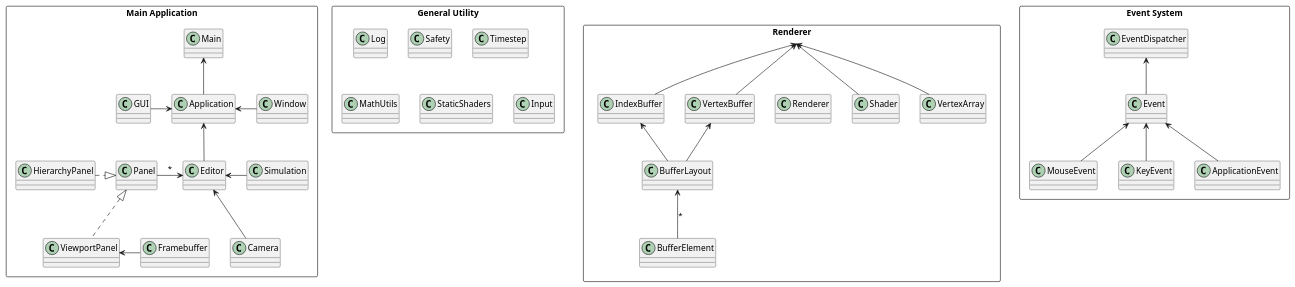
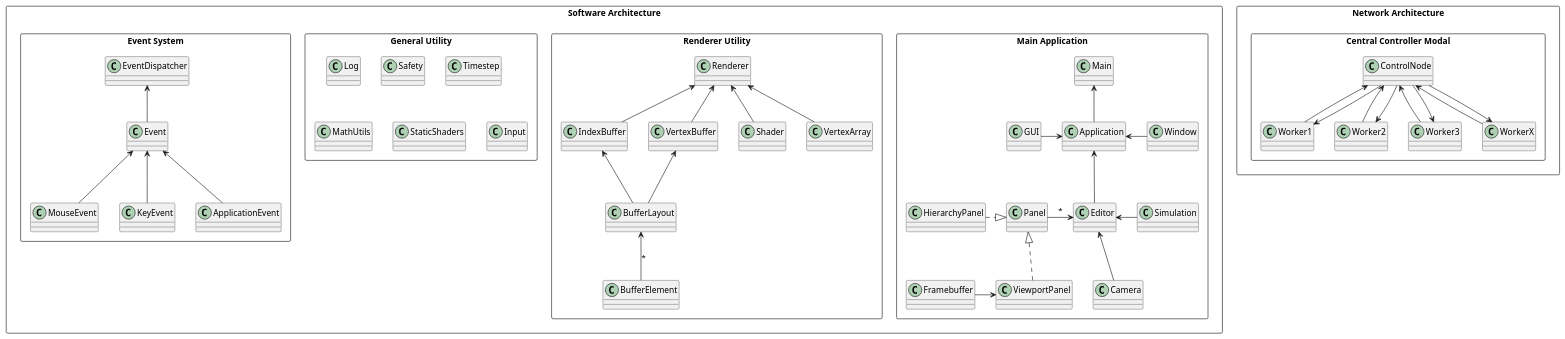
Before and after one commit to JHeflinger/FORGE: the diagram in architecture.puml, drawn with PlantUML. The commit also changed 1 other file, not shown here.

Commit message:
updated architecture

```diff
--- a/architecture.puml
+++ b/architecture.puml
@@ -1,126 +1,158 @@
 @startuml Forge
 
-package "Main Application" <<Rectangle>> {
+package "Software Architecture" <<Rectangle>> {
+
+  package "Main Application" <<Rectangle>> {
     class Main {
-
+  
     }
     class Application {
-
+  
     }
     class Editor {
-
+  
     }
     class GUI {
-
+  
     }
     class Simulation {
-
+  
     }
     class Window {
-
+  
     }
     class Panel {
-
+  
     }
     class HierarchyPanel {
-
+  
     }
     class ViewportPanel {
-
+  
     }
     class Camera {
-
+  
     }
     class Framebuffer {
-
+  
     }
+  }
+  
+  package "Renderer Utility" <<Rectangle>> {
+    class BufferElement {
+  
+    }
+    class BufferLayout {
+  
+    }
+    class VertexBuffer {
+  
+    }
+    class IndexBuffer {
+  
+    }
+    class Renderer {
+  
+    }
+    class Shader {
+  
+    }
+    class VertexArray {
+  
+    }
+  }
+  
+  package "General Utility" <<Rectangle>> {
+    class Log {
+          
+    }
+    class Safety {
+  
+    }
+    class Timestep {
+  
+    }
+    class MathUtils {
+  
+    }
+    class StaticShaders {
+  
+    }
+    class Input {
+  
+    }
+  }
+  
+  package "Event System" <<Rectangle>> {
+    class EventDispatcher {
+  
+    }
+    class Event {
+  
+    }
+    class MouseEvent {
+  
+    }
+    class KeyEvent {
+  
+    }
+    class ApplicationEvent {
+  
+    }
+  }
 }
 
-package "Renderer" <<Rectangle>> {
-    class BufferElement {
-
+package "Network Architecture" <<Rectangle>> {
+  package "Central Controller Modal" <<Rectangle>> {
+    class ControlNode {
+    
     }
-    class BufferLayout {
-
+    class Worker1 {
+    
     }
-    class VertexBuffer {
-
+    class Worker2 {
+    
     }
-    class IndexBuffer {
-
+    class Worker3 {
+    
     }
-    class Renderer {
-
+    class WorkerX {
+    
     }
-    class Shader {
-
-    }
-    class VertexArray {
-
-    }
-}
-
-package "General Utility" <<Rectangle>> {
-    class Log {
-        
-    }
-    class Safety {
-
-    }
-    class Timestep {
-
-    }
-    class MathUtils {
-
-    }
-    class StaticShaders {
-
-    }
-    class Input {
-
-    }
-}
-
-package "Event System" <<Rectangle>> {
-    class EventDispatcher {
-
-    }
-    class Event {
-
-    }
-    class MouseEvent {
-
-    }
-    class KeyEvent {
-
-    }
-    class ApplicationEvent {
-
-    }
+  }
 }
 
 Application-u->Main
 Window-l->Application
 GUI-r->Application
 Editor-u->Application
 Panel-r->Editor : *
 Simulation-l->Editor
 Camera-u->Editor
 HierarchyPanel..r|>Panel
 ViewportPanel..u|>Panel
 Framebuffer-r->ViewportPanel
 
 IndexBuffer-u->Renderer
 VertexBuffer-u->Renderer
 VertexArray-u->Renderer
 Shader-u->Renderer
 BufferElement-u->BufferLayout : *
 BufferLayout-u->VertexBuffer
 BufferLayout-u->IndexBuffer
 
 Event-u->EventDispatcher
 MouseEvent-u->Event
 ApplicationEvent-u->Event
 KeyEvent-u->Event
 
+Worker1-u->ControlNode
+ControlNode-d->Worker1
+Worker2-u->ControlNode
+ControlNode-d->Worker2
+Worker3-u->ControlNode
+ControlNode-d->Worker3
+WorkerX-u->ControlNode
+ControlNode-d->WorkerX
+
 @enduml
```
